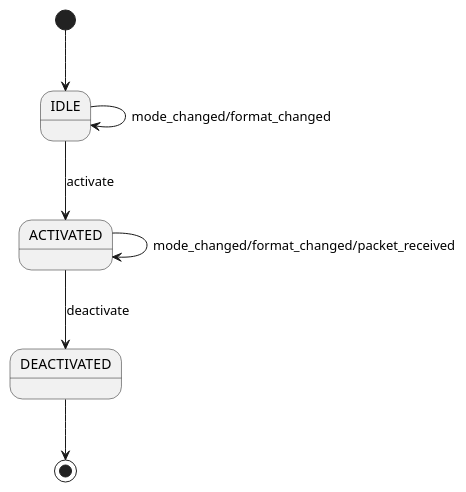
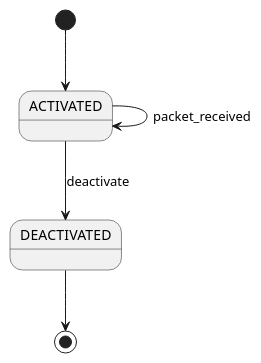
One commit to RestComm/media-core changed the diagram in architecture-diagrams/rtp/rtp-netty-handler-state.puml. Above: the diagram before and after it, drawn with PlantUML. The commit also changed 9 other files, not shown here.

First line of the commit message:
#88 Simplified RTP Inbound Handler FSM. Updated test suite and state diagram.

```diff
--- a/architecture-diagrams/rtp/rtp-netty-handler-state.puml
+++ b/architecture-diagrams/rtp/rtp-netty-handler-state.puml
@@ -1,8 +1,6 @@
 @startuml
-[*] --> IDLE
-IDLE -> IDLE : mode_changed/format_changed
-IDLE --> ACTIVATED : activate
-ACTIVATED -> ACTIVATED : mode_changed/format_changed/packet_received
+[*] --> ACTIVATED
+ACTIVATED -> ACTIVATED : packet_received
 ACTIVATED --> DEACTIVATED : deactivate
 DEACTIVATED --> [*]
 @enduml
```
